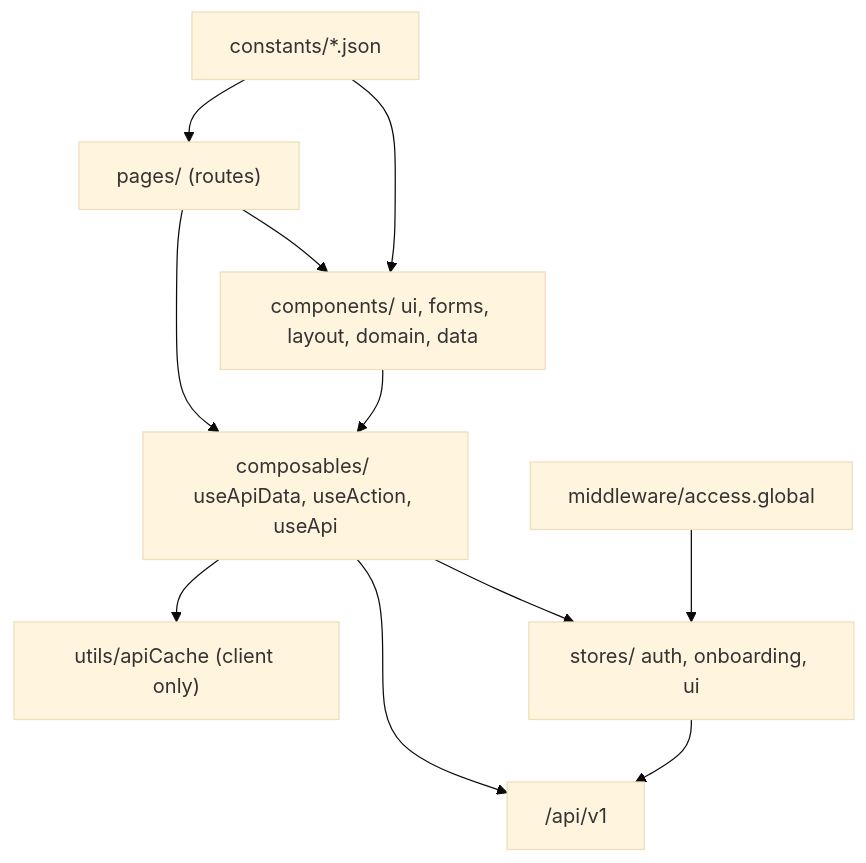
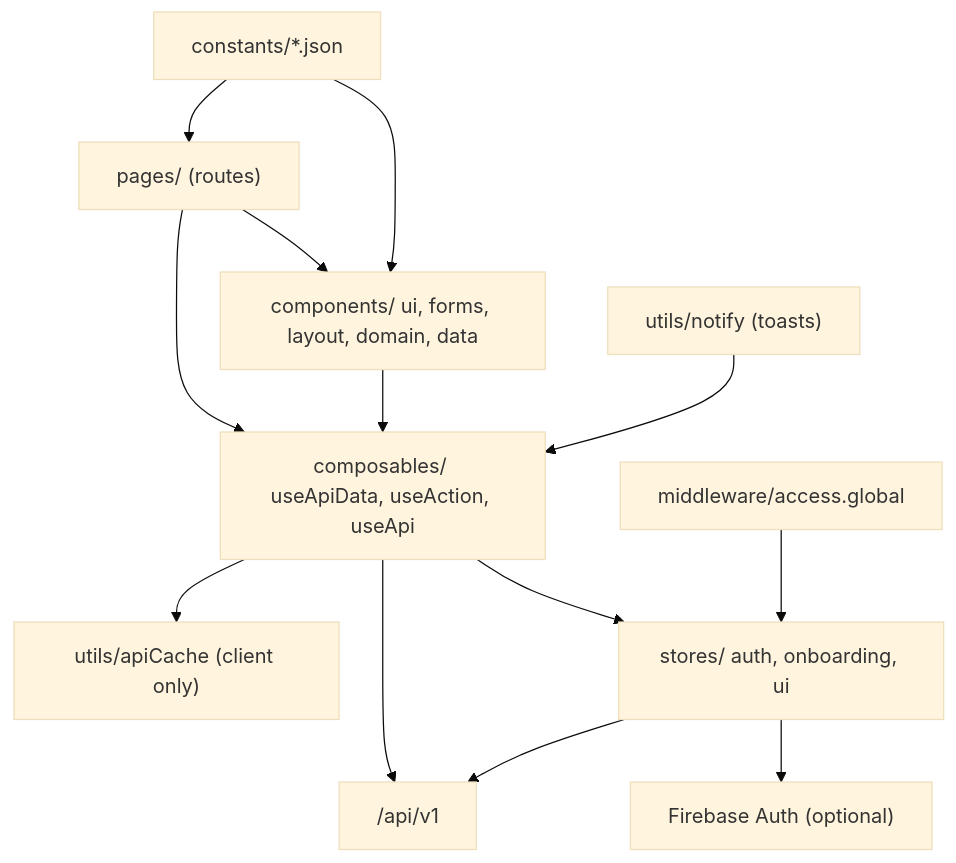
The first of 8 diagrams in APP.md (Arktouros-Forge/UniLink), drawn with Mermaid (base theme) before and after one commit. The commit also changed other lines of this file and 13 other files, not shown here.

Commit message:
feat: improve admin navigation and chart usability

````diff
--- a/APP.md
+++ b/APP.md
@@ -16,13 +22,15 @@
 ```mermaid
 flowchart TB
   P["pages/ (routes)"] --> C["components/ ui, forms, layout, domain, data"]
   P --> CP["composables/ useApiData, useAction, useApi"]
   C --> CP
   CP --> CA["utils/apiCache (client only)"]
   CP --> ST["stores/ auth, onboarding, ui"]
   CP --> API["/api/v1"]
   ST --> API
+  ST --> FB["Firebase Auth (optional)"]
   M["middleware/access.global"] --> ST
   K["constants/*.json"] --> P
   K --> C
+  N["utils/notify (toasts)"] --> CP
 ```
````
